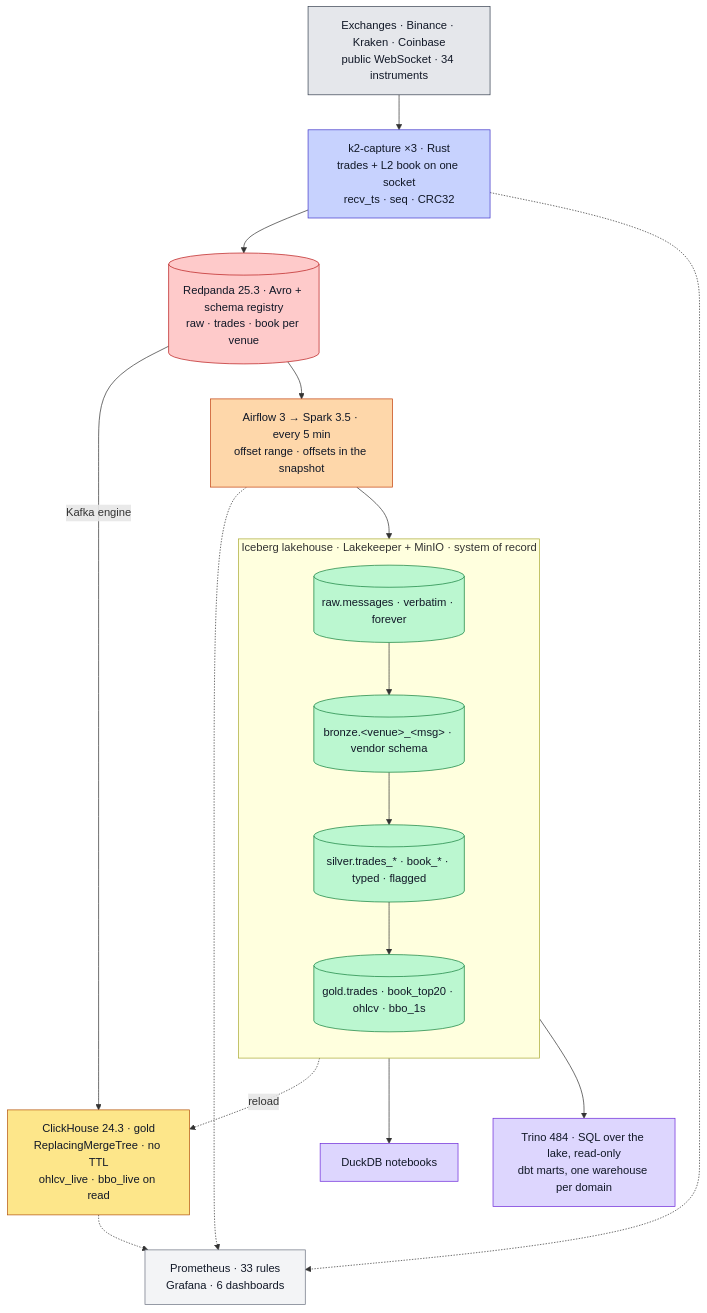
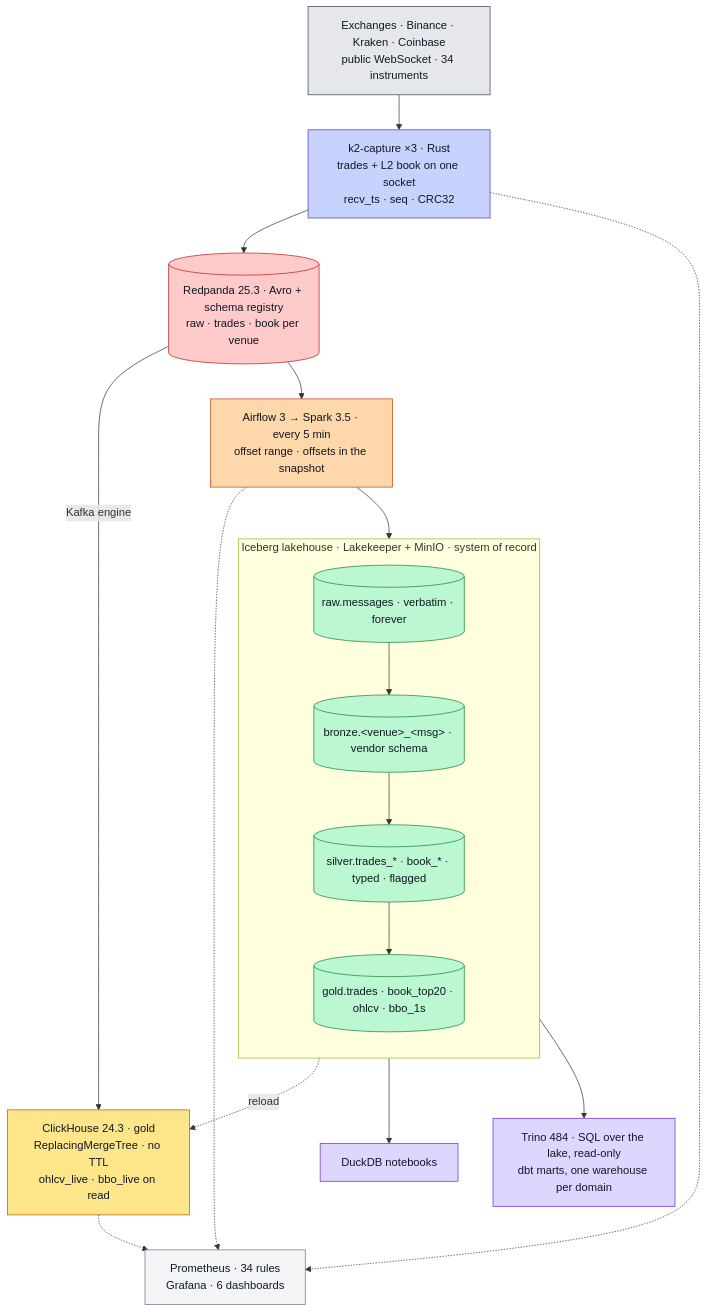
The diagram in README.md (rjdscott/k2-market-data-platform), drawn with Mermaid before and after one commit. The commit also changed other lines of this file and 17 other files, not shown here.

````diff
--- a/README.md
+++ b/README.md
@@ -56,36 +56,36 @@
 ```mermaid
 flowchart TB
   E["Exchanges · Binance · Kraken · Coinbase<br/>public WebSocket · 34 instruments"]:::ex
   F["k2-capture ×3 · Rust<br/>trades + L2 book on one socket<br/>recv_ts · seq · CRC32"]:::rs
   R[("Redpanda 25.3 · Avro + schema registry<br/>raw · trades · book per venue")]:::rp
   C["ClickHouse 24.3 · gold<br/>ReplacingMergeTree · no TTL<br/>ohlcv_live · bbo_live on read"]:::ch
   S["Airflow 3 → Spark 3.5 · every 5 min<br/>offset range · offsets in the snapshot"]:::sp
   subgraph L["Iceberg lakehouse · Lakekeeper + MinIO · system of record"]
     direction TB
     RAW[("raw.messages · verbatim · forever")]:::lk
     BR[("bronze.&lt;venue&gt;_&lt;msg&gt; · vendor schema")]:::lk
     SV[("silver.trades_* · book_* · typed · flagged")]:::lk
     GD[("gold.trades · book_top20 · ohlcv · bbo_1s")]:::lk
     RAW --> BR --> SV --> GD
   end
   N["DuckDB notebooks"]:::nb
   T["Trino 484 · SQL over the lake, read-only<br/>dbt marts, one warehouse per domain"]:::nb
-  O["Prometheus · 33 rules<br/>Grafana · 6 dashboards"]:::ob
+  O["Prometheus · 34 rules<br/>Grafana · 6 dashboards"]:::ob
 
   E --> F --> R
   R -->|Kafka engine| C
   R --> S --> RAW
   GD -.->|reload| C
   GD --> N
   L --> T
   F & S & C -.-> O
 
   classDef ex fill:#e5e7eb,stroke:#374151,color:#111827
   classDef rs fill:#c7d2fe,stroke:#4338ca,color:#111827
   classDef rp fill:#fecaca,stroke:#b91c1c,color:#111827
   classDef lk fill:#bbf7d0,stroke:#15803d,color:#111827
   classDef sp fill:#fed7aa,stroke:#c2410c,color:#111827
   classDef ch fill:#fde68a,stroke:#b45309,color:#111827
   classDef nb fill:#ddd6fe,stroke:#6d28d9,color:#111827
   classDef ob fill:#f3f4f6,stroke:#6b7280,color:#111827
 ```
````
